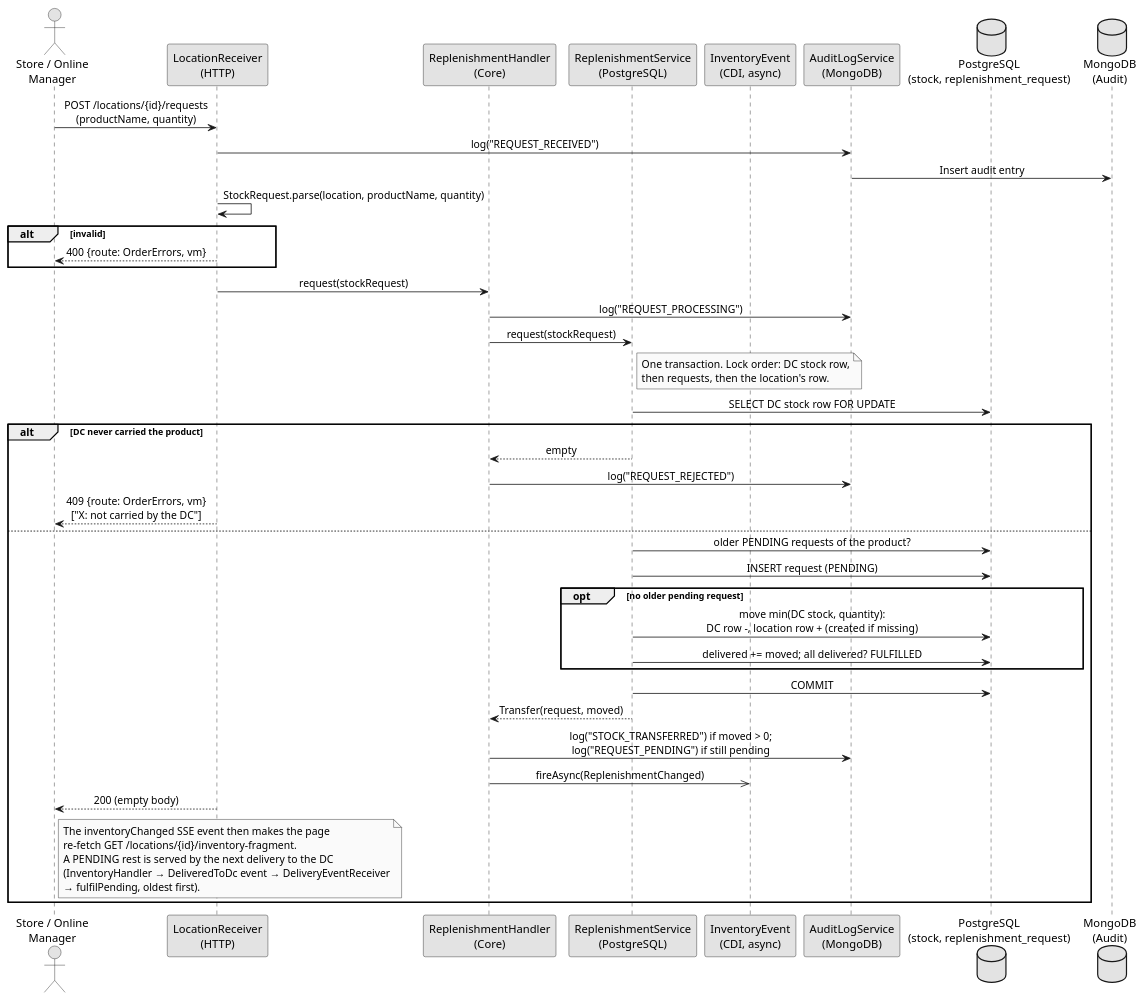
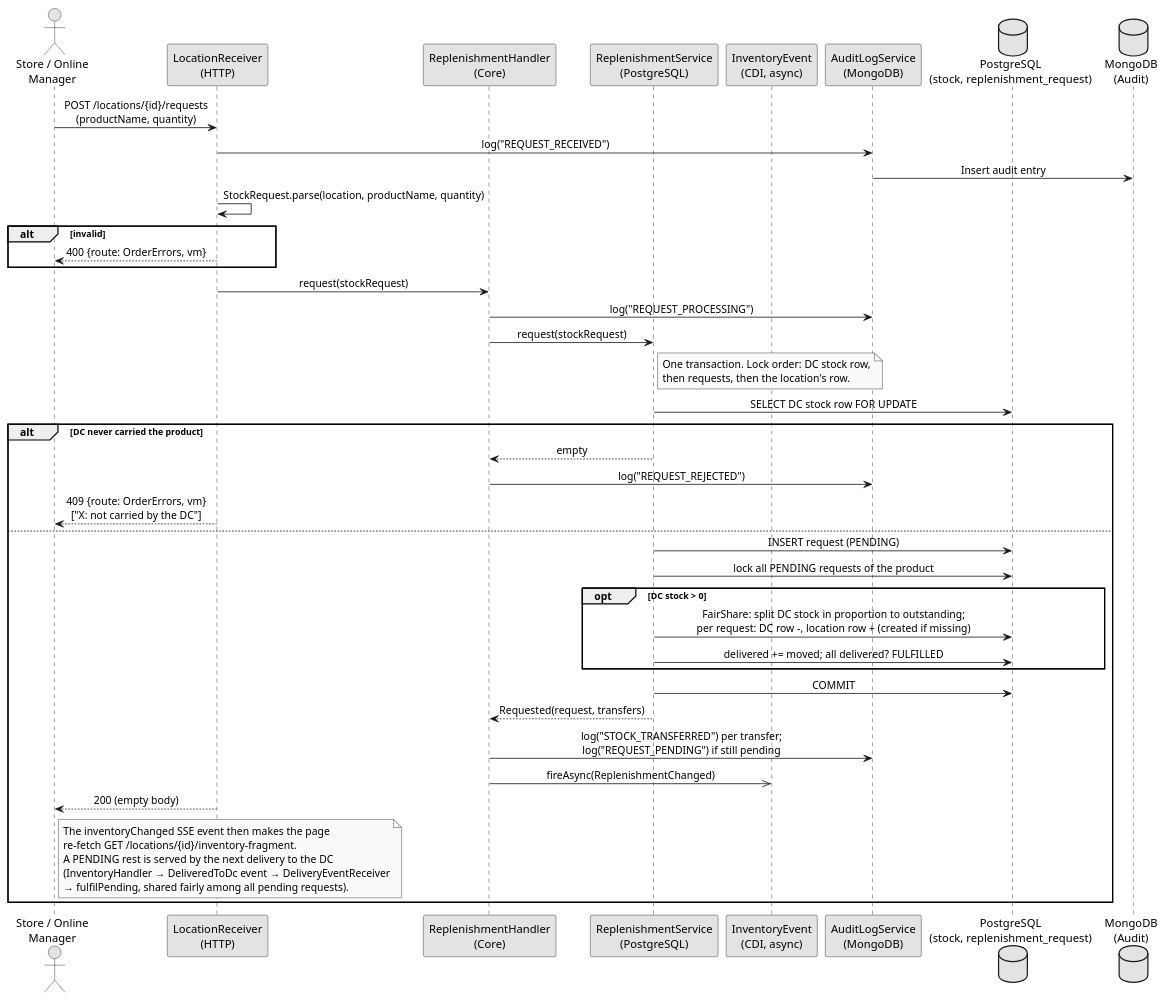
One commit to svene/2026-07-26_quarkus-hexagon-demo-mm-per-tech changed the diagram in docs/architecture/flows/location-request.puml. Above: the diagram before and after it, drawn with PlantUML. The commit also changed 51 other files, not shown here.

```diff
--- a/docs/architecture/flows/location-request.puml
+++ b/docs/architecture/flows/location-request.puml
@@ -1,56 +1,56 @@
 @startuml location_request
 skinparam monochrome true
 skinparam sequenceMessageAlign center
 skinparam backgroundColor #ffffff
 
 actor "Store / Online\nManager" as user
 participant "LocationReceiver\n(HTTP)" as receiver
 participant "ReplenishmentHandler\n(Core)" as handler
 participant "ReplenishmentService\n(PostgreSQL)" as service
 participant "InventoryEvent\n(CDI, async)" as changes
 participant "AuditLogService\n(MongoDB)" as audit
 database "PostgreSQL\n(stock, replenishment_request)" as db
 database "MongoDB\n(Audit)" as db_audit
 
 user -> receiver: POST /locations/{id}/requests\n(productName, quantity)
 receiver -> audit: log("REQUEST_RECEIVED")
 audit -> db_audit: Insert audit entry
 receiver -> receiver: StockRequest.parse(location, productName, quantity)
 alt invalid
   receiver --> user: 400 {route: OrderErrors, vm}
 end
 
 receiver -> handler: request(stockRequest)
 handler -> audit: log("REQUEST_PROCESSING")
 handler -> service: request(stockRequest)
 note right of service
   One transaction. Lock order: DC stock row,
   then requests, then the location's row.
 end note
 service -> db: SELECT DC stock row FOR UPDATE
 alt DC never carried the product
   service --> handler: empty
   handler -> audit: log("REQUEST_REJECTED")
   receiver --> user: 409 {route: OrderErrors, vm}\n["X: not carried by the DC"]
 else
-  service -> db: older PENDING requests of the product?
   service -> db: INSERT request (PENDING)
-  opt no older pending request
-    service -> db: move min(DC stock, quantity):\nDC row -, location row + (created if missing)
+  service -> db: lock all PENDING requests of the product
+  opt DC stock > 0
+    service -> db: FairShare: split DC stock in proportion to outstanding;\nper request: DC row -, location row + (created if missing)
     service -> db: delivered += moved; all delivered? FULFILLED
   end
   service -> db: COMMIT
-  service --> handler: Transfer(request, moved)
-  handler -> audit: log("STOCK_TRANSFERRED") if moved > 0;\nlog("REQUEST_PENDING") if still pending
+  service --> handler: Requested(request, transfers)
+  handler -> audit: log("STOCK_TRANSFERRED") per transfer;\nlog("REQUEST_PENDING") if still pending
   handler ->> changes: fireAsync(ReplenishmentChanged)
   receiver --> user: 200 (empty body)
   note right of user
     The inventoryChanged SSE event then makes the page
     re-fetch GET /locations/{id}/inventory-fragment.
     A PENDING rest is served by the next delivery to the DC
     (InventoryHandler → DeliveredToDc event → DeliveryEventReceiver
-    → fulfilPending, oldest first).
+    → fulfilPending, shared fairly among all pending requests).
   end note
 end
 
 @enduml
```
